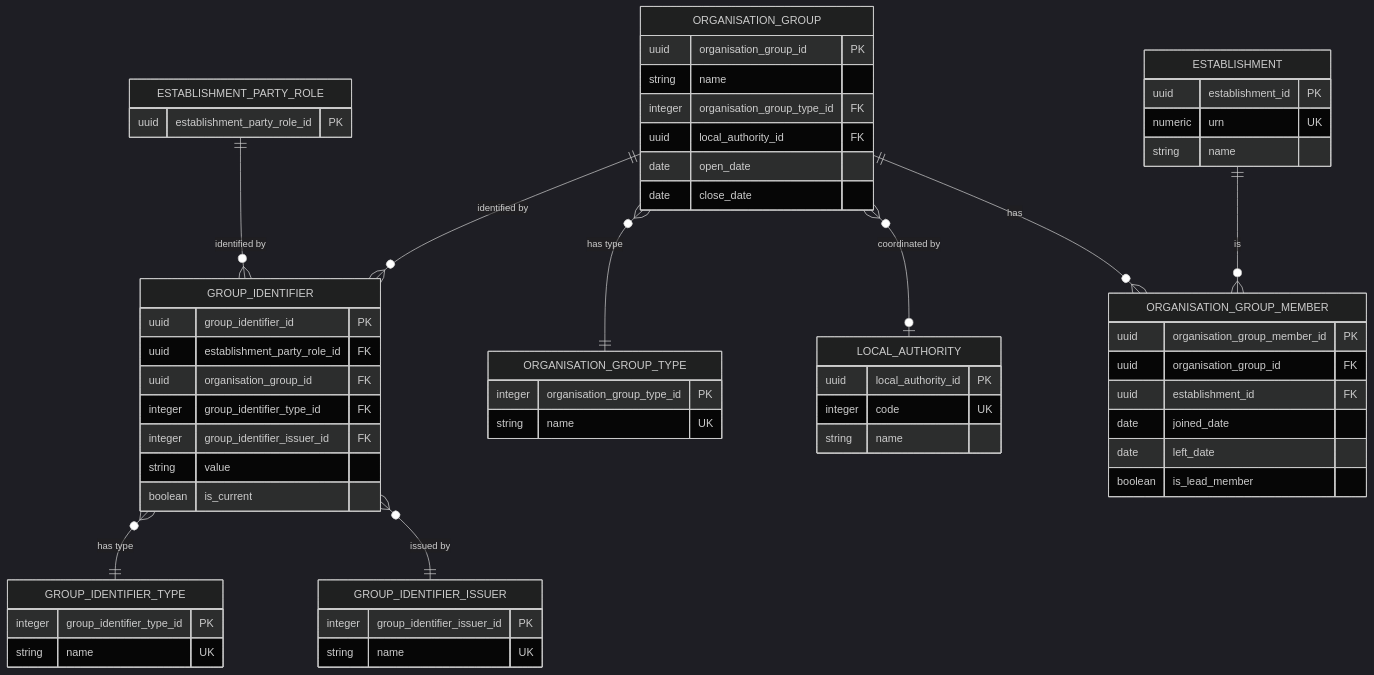
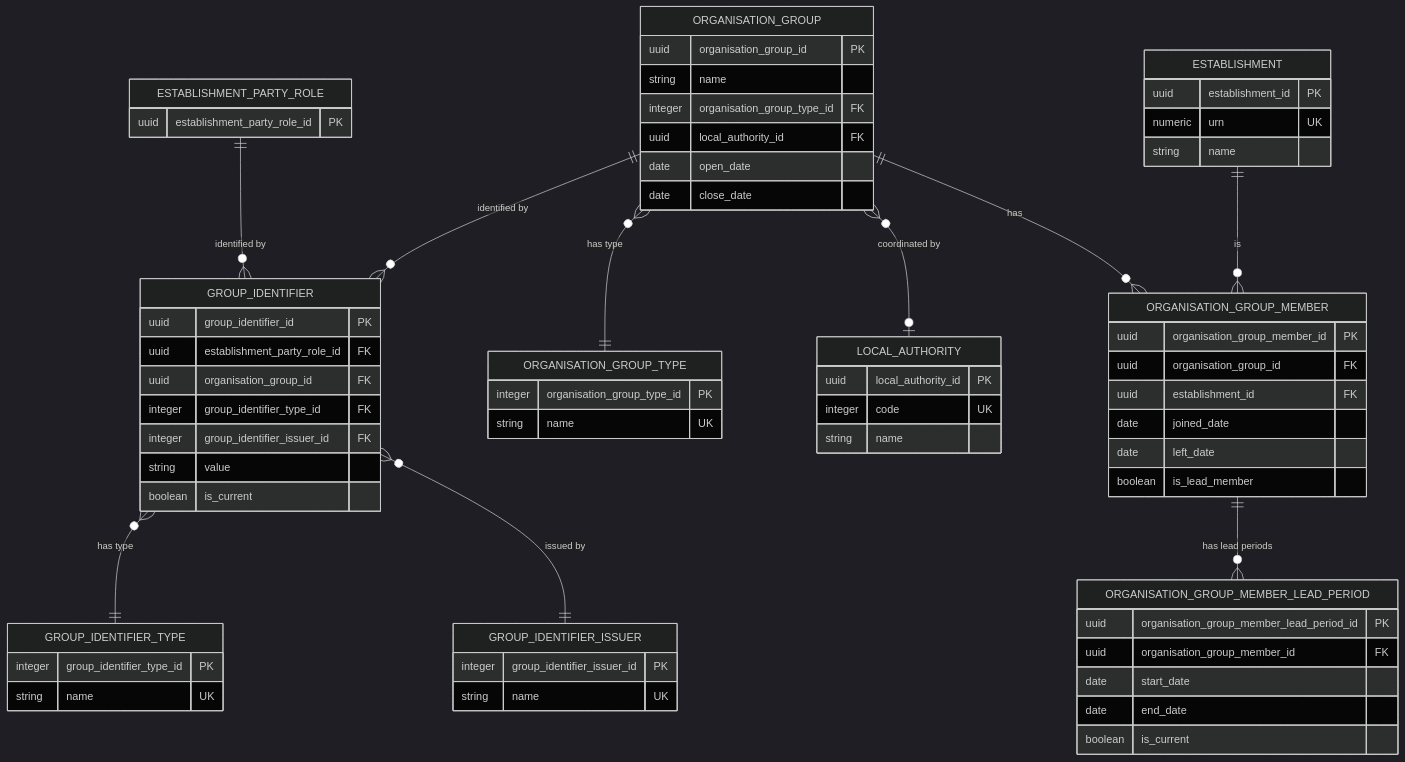
One commit to DFE-Digital/education-provider-registry-docs changed the second of 2 diagrams in models/logical/establishment/establishment-groups-logical-model.md. Above: the diagram before and after it, drawn with Mermaid (dark theme). The commit also changed other lines of this file and 41 other files, not shown here.

````diff
--- a/models/logical/establishment/establishment-groups-logical-model.md
+++ b/models/logical/establishment/establishment-groups-logical-model.md
@@ -504,62 +505,70 @@
 ```mermaid
 erDiagram
     ESTABLISHMENT_PARTY_ROLE ||--o{ GROUP_IDENTIFIER : "identified by"
     ORGANISATION_GROUP ||--o{ GROUP_IDENTIFIER : "identified by"
     GROUP_IDENTIFIER }o--|| GROUP_IDENTIFIER_TYPE : "has type"
     GROUP_IDENTIFIER }o--|| GROUP_IDENTIFIER_ISSUER : "issued by"
     ORGANISATION_GROUP }o--|| ORGANISATION_GROUP_TYPE : "has type"
     ORGANISATION_GROUP }o--o| LOCAL_AUTHORITY : "coordinated by"
     ORGANISATION_GROUP ||--o{ ORGANISATION_GROUP_MEMBER : "has"
     ESTABLISHMENT ||--o{ ORGANISATION_GROUP_MEMBER : "is"
+    ORGANISATION_GROUP_MEMBER ||--o{ ORGANISATION_GROUP_MEMBER_LEAD_PERIOD : "has lead periods"
 
     ESTABLISHMENT_PARTY_ROLE {
         uuid establishment_party_role_id PK
     }
     ORGANISATION_GROUP {
         uuid organisation_group_id PK
         string name
         integer organisation_group_type_id FK
         uuid local_authority_id FK
         date open_date
         date close_date
     }
     ORGANISATION_GROUP_TYPE {
         integer organisation_group_type_id PK
         string name UK
     }
     ORGANISATION_GROUP_MEMBER {
         uuid organisation_group_member_id PK
         uuid organisation_group_id FK
         uuid establishment_id FK
         date joined_date
         date left_date
         boolean is_lead_member
+    }
+    ORGANISATION_GROUP_MEMBER_LEAD_PERIOD {
+        uuid organisation_group_member_lead_period_id PK
+        uuid organisation_group_member_id FK
+        date start_date
+        date end_date
+        boolean is_current
     }
     GROUP_IDENTIFIER {
         uuid group_identifier_id PK
         uuid establishment_party_role_id FK
         uuid organisation_group_id FK
         integer group_identifier_type_id FK
         integer group_identifier_issuer_id FK
         string value
         boolean is_current
     }
     GROUP_IDENTIFIER_TYPE {
         integer group_identifier_type_id PK
         string name UK
     }
     GROUP_IDENTIFIER_ISSUER {
         integer group_identifier_issuer_id PK
         string name UK
     }
     ESTABLISHMENT {
         uuid establishment_id PK
         numeric urn UK
         string name
     }
     LOCAL_AUTHORITY {
         uuid local_authority_id PK
         integer code UK
         string name
     }
 ```
````
